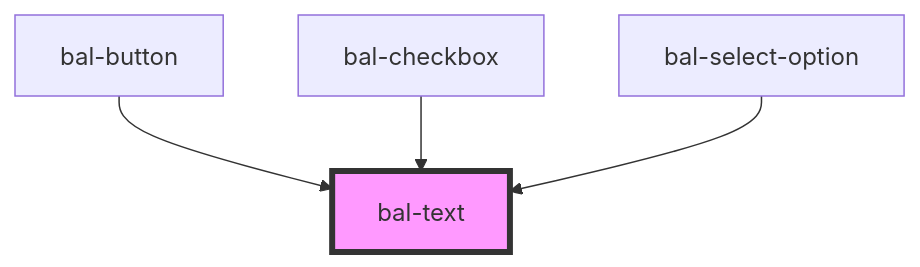
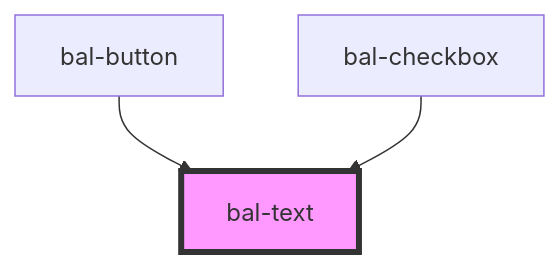
One commit to baloise/ui-library-next changed the diagram in packages/library/src/components/bal-text/readme.md. Above: the diagram before and after it, drawn with Mermaid. The commit also changed other lines of this file and 16 other files, not shown here.

````diff
--- a/packages/library/src/components/bal-text/readme.md
+++ b/packages/library/src/components/bal-text/readme.md
@@ -17,7 +16,6 @@
 ```mermaid
 graph TD;
   bal-button --> bal-text
   bal-checkbox --> bal-text
-  bal-select-option --> bal-text
   style bal-text fill:#f9f,stroke:#333,stroke-width:4px
 ```
````
